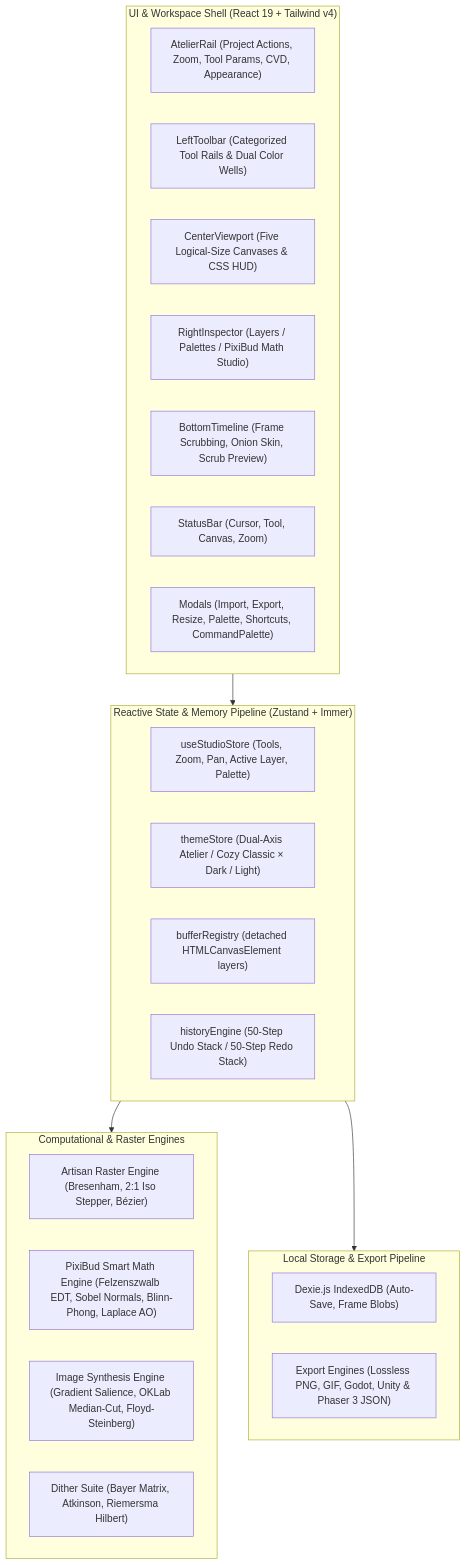
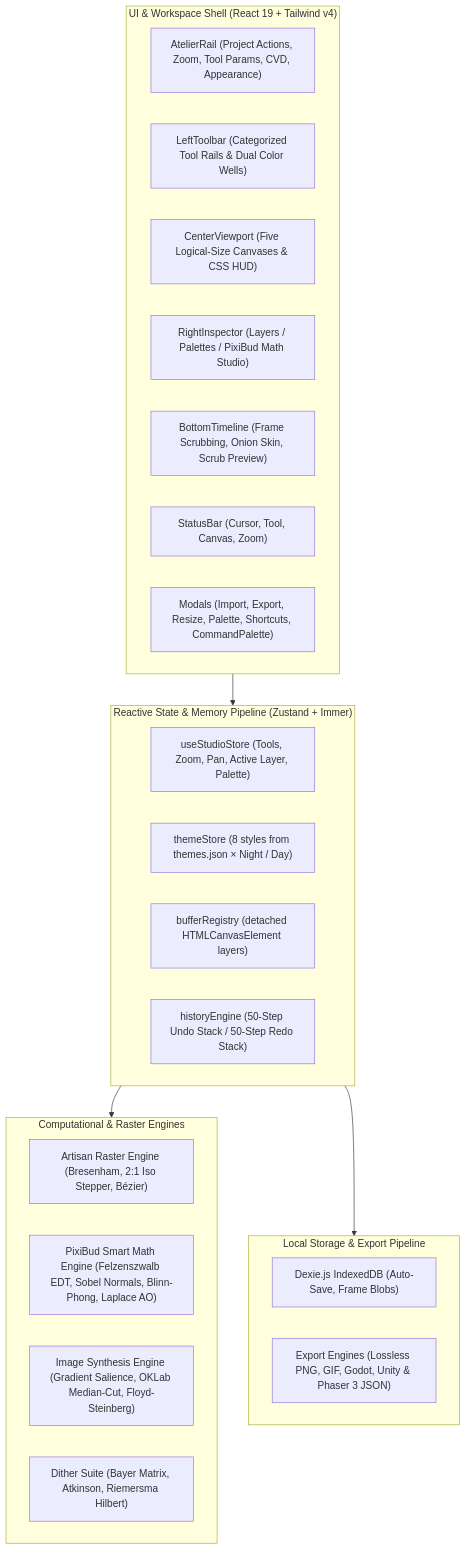
One commit to lxcario/PixiBun changed the first of 6 diagrams in ARCHITECTURE.md. Above: the diagram before and after it, drawn with Mermaid. The commit also changed 62 other files, not shown here.

````diff
--- a/ARCHITECTURE.md
+++ b/ARCHITECTURE.md
@@ -106,35 +106,35 @@
 ```mermaid
 graph TD
     subgraph UI_Layer [" UI & Workspace Shell (React 19 + Tailwind v4)"]
         AtelierRail["AtelierRail (Project Actions, Zoom, Tool Params, CVD, Appearance)"]
         LeftRail["LeftToolbar (Categorized Tool Rails & Dual Color Wells)"]
         ViewportShell["CenterViewport (Five Logical-Size Canvases & CSS HUD)"]
         RightStudio["RightInspector (Layers / Palettes / PixiBud Math Studio)"]
         TimelineDock["BottomTimeline (Frame Scrubbing, Onion Skin, Scrub Preview)"]
         StatusBar["StatusBar (Cursor, Tool, Canvas, Zoom)"]
         Modals["Modals (Import, Export, Resize, Palette, Shortcuts, CommandPalette)"]
     end
 
     subgraph State_Layer [" Reactive State & Memory Pipeline (Zustand + Immer)"]
         Store["useStudioStore (Tools, Zoom, Pan, Active Layer, Palette)"]
-        Theme["themeStore (Dual-Axis Atelier / Cozy Classic × Dark / Light)"]
+        Theme["themeStore (8 styles from themes.json × Night / Day)"]
         BufferReg["bufferRegistry (detached HTMLCanvasElement layers)"]
         UndoRedo["historyEngine (50-Step Undo Stack / 50-Step Redo Stack)"]
     end
 
     subgraph Core_Engines ["Computational & Raster Engines"]
         RasterCore["Artisan Raster Engine (Bresenham, 2:1 Iso Stepper, Bézier)"]
         MathCore["PixiBud Smart Math Engine (Felzenszwalb EDT, Sobel Normals, Blinn-Phong, Laplace AO)"]
         PixelizeCore["Image Synthesis Engine (Gradient Salience, OKLab Median-Cut, Floyd-Steinberg)"]
         DitherCore["Dither Suite (Bayer Matrix, Atkinson, Riemersma Hilbert)"]
     end
 
     subgraph Storage_Layer [" Local Storage & Export Pipeline"]
         DexieDB["Dexie.js IndexedDB (Auto-Save, Frame Blobs)"]
         Exporter["Export Engines (Lossless PNG, GIF, Godot, Unity & Phaser 3 JSON)"]
     end
 
     UI_Layer --> State_Layer
     State_Layer --> Core_Engines
     State_Layer --> Storage_Layer
 ```
````
